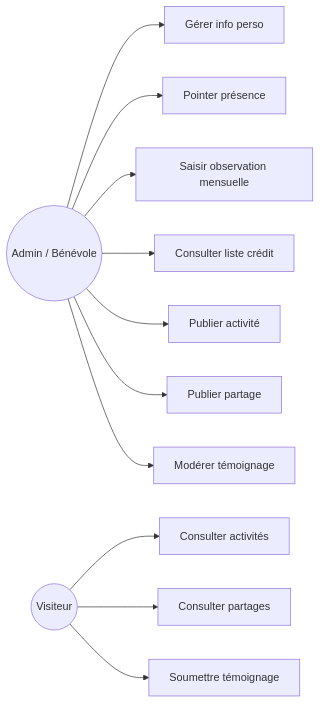
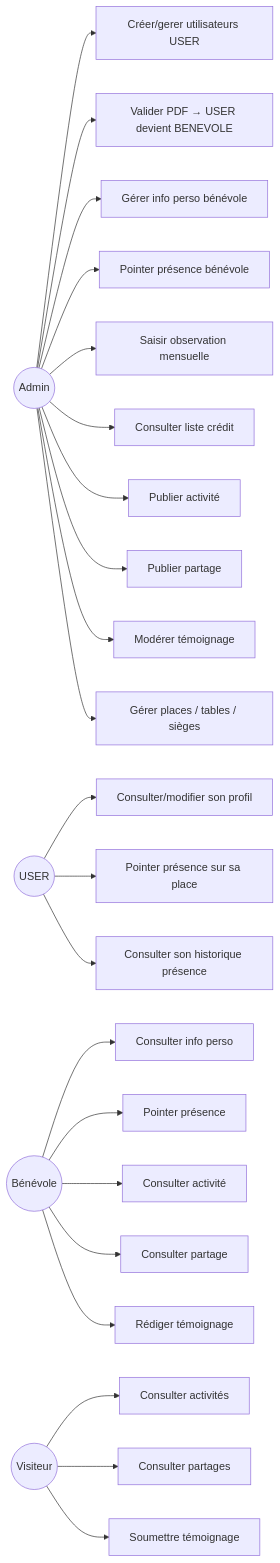
The first of 3 diagrams in todos/CDC_PWA_Gestion_Benevoles.md (tahiry-dev-29/gestion-benevole-mdn), drawn with Mermaid before and after one commit. The commit also changed other lines of this file and 20 other files, not shown here.

First line of the commit message:
docs(todos): restructure sprints 0-7 with USER/BENEVOLE/Seat features

````diff
--- a/todos/CDC_PWA_Gestion_Benevoles.md
+++ b/todos/CDC_PWA_Gestion_Benevoles.md
@@ -60,17 +131,32 @@
 ```mermaid
 flowchart LR
-  Admin((Admin / Bénévole))
+  Admin((Admin))
+  User((USER))
+  Benevole((Bénévole))
   Visiteur((Visiteur))
 
-  Admin --> UC1[Gérer info perso]
-  Admin --> UC2[Pointer présence]
+  Admin --> UC0[Créer/gerer utilisateurs USER]
+  Admin --> UC0b[Valider PDF → USER devient BENEVOLE]
+  Admin --> UC1[Gérer info perso bénévole]
+  Admin --> UC2[Pointer présence bénévole]
   Admin --> UC3[Saisir observation mensuelle]
   Admin --> UC4[Consulter liste crédit]
   Admin --> UC5[Publier activité]
   Admin --> UC6[Publier partage]
   Admin --> UC7[Modérer témoignage]
+  Admin --> UC99[Gérer places / tables / sièges]
+
+  User --> UCP1[Consulter/modifier son profil]
+  User --> UCP2[Pointer présence sur sa place]
+  User --> UCP3[Consulter son historique présence]
+
+  Benevole --> UCB1[Consulter info perso]
+  Benevole --> UCB2[Pointer présence]
+  Benevole --> UCB3[Consulter activité]
+  Benevole --> UCB4[Consulter partage]
+  Benevole --> UCB5[Rédiger témoignage]
 
   Visiteur --> UC8[Consulter activités]
   Visiteur --> UC9[Consulter partages]
   Visiteur --> UC10[Soumettre témoignage]
 ```
````
